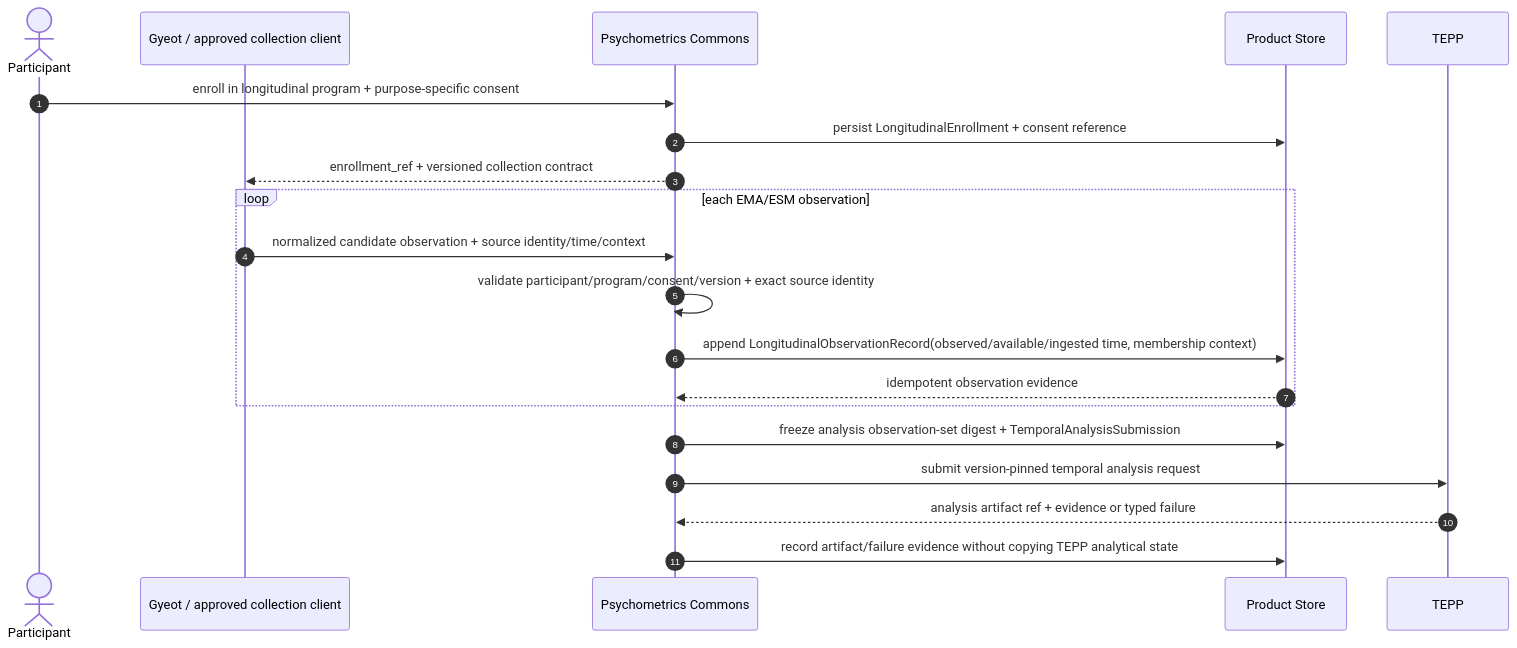
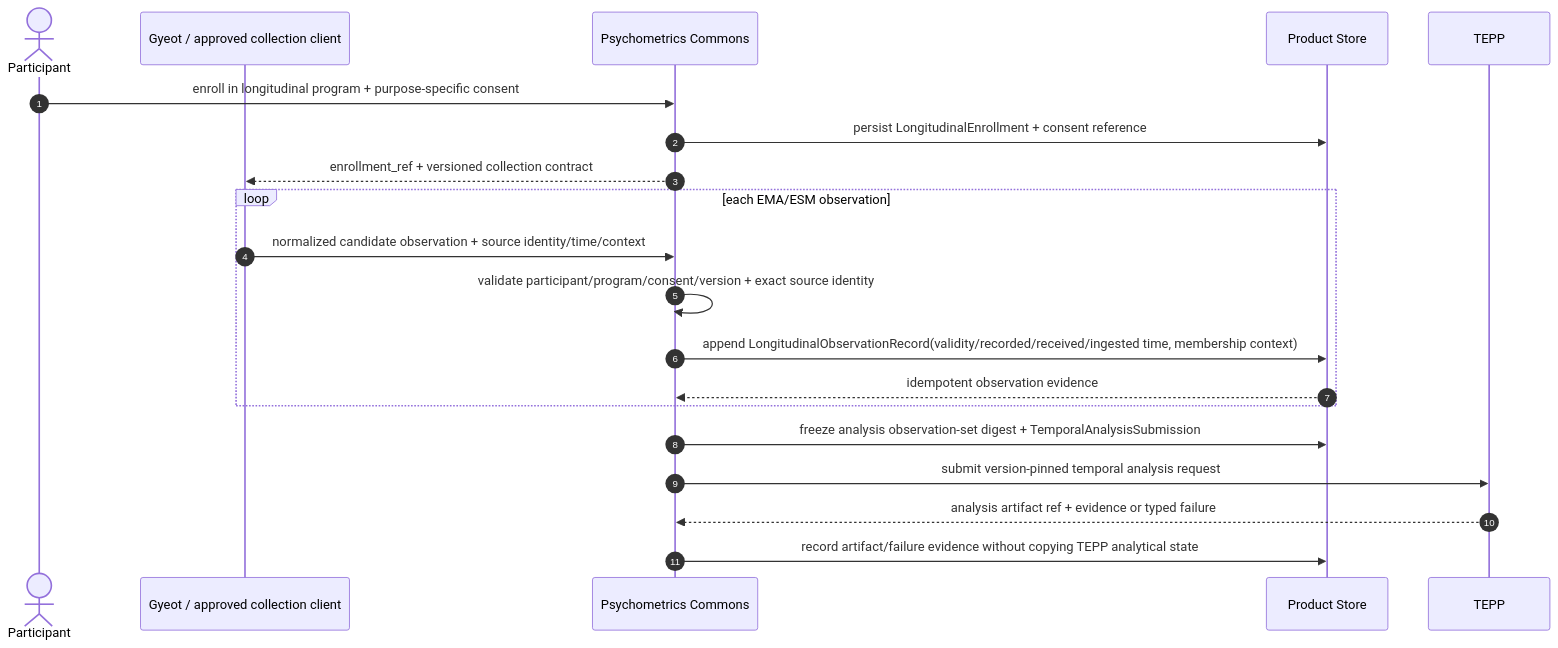
Before and after one commit to ContextualWisdomLab/psychometrics-commons: the ninth of 12 diagrams in docs/architecture/UML.md, drawn with Mermaid. The commit also changed other lines of this file and 10 other files, not shown here.

Commit message:
fix(docs): close architecture review contracts

````diff
--- a/docs/architecture/UML.md
+++ b/docs/architecture/UML.md
@@ -377,25 +380,25 @@
 ```mermaid
 sequenceDiagram
     autonumber
     actor P as Participant
     participant G as Gyeot / approved collection client
     participant A as Psychometrics Commons
     participant DB as Product Store
     participant T as TEPP
 
     P->>A: enroll in longitudinal program + purpose-specific consent
     A->>DB: persist LongitudinalEnrollment + consent reference
     A-->>G: enrollment_ref + versioned collection contract
 
     loop each EMA/ESM observation
         G->>A: normalized candidate observation + source identity/time/context
         A->>A: validate participant/program/consent/version + exact source identity
-        A->>DB: append LongitudinalObservationRecord(observed/available/ingested time, membership context)
+        A->>DB: append LongitudinalObservationRecord(validity/recorded/received/ingested time, membership context)
         DB-->>A: idempotent observation evidence
     end
 
     A->>DB: freeze analysis observation-set digest + TemporalAnalysisSubmission
     A->>T: submit version-pinned temporal analysis request
     T-->>A: analysis artifact ref + evidence or typed failure
     A->>DB: record artifact/failure evidence without copying TEPP analytical state
 ```
````
